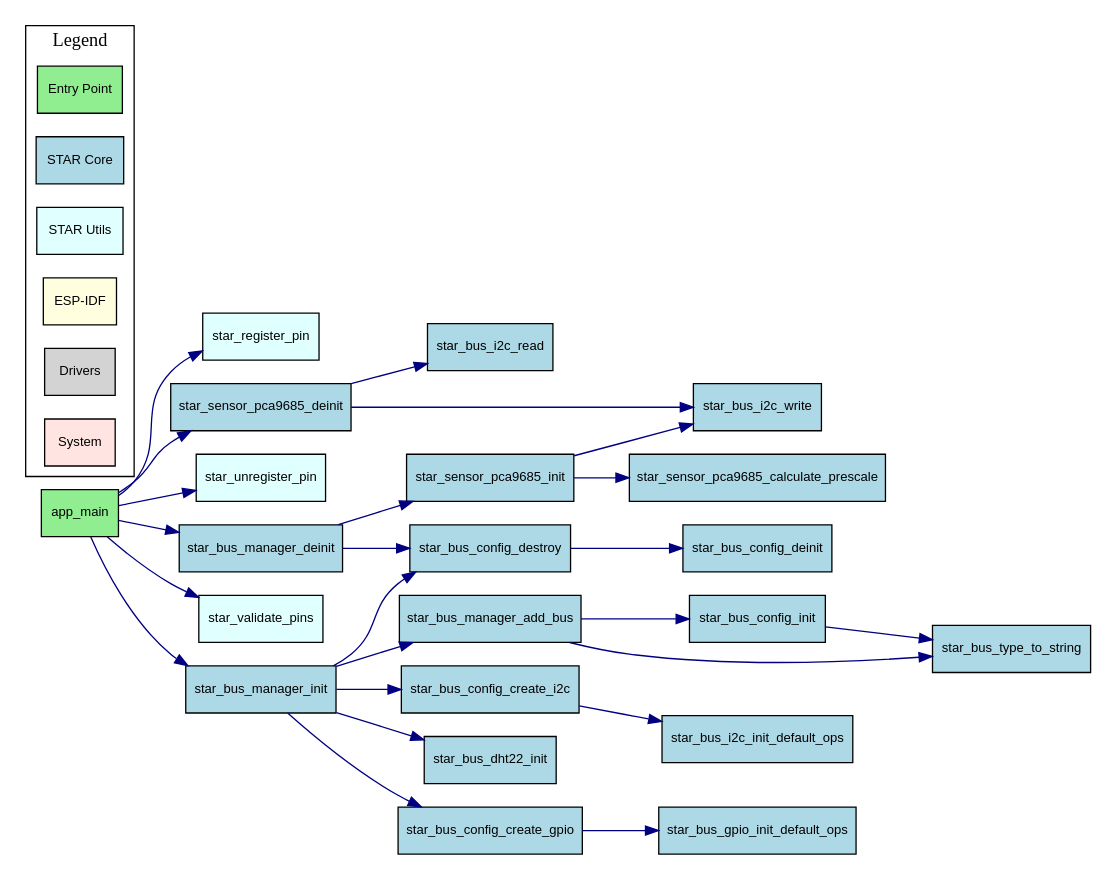
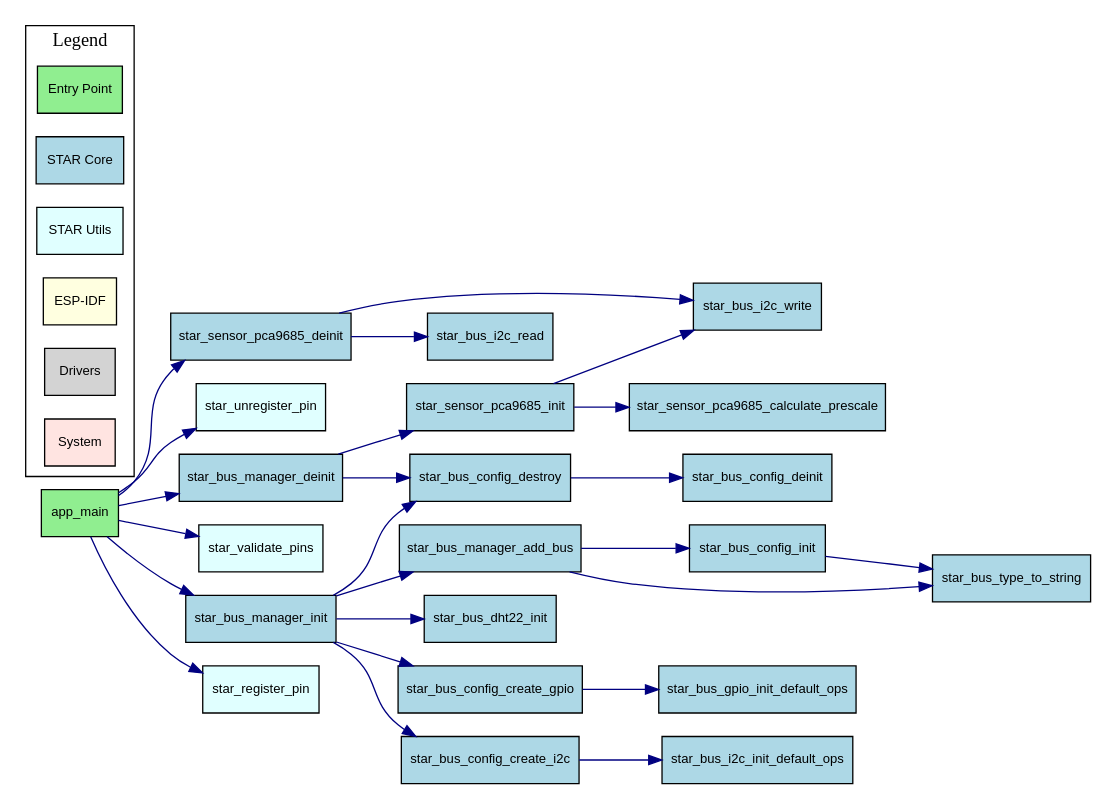
One commit to Locked-Inc/STAR changed the diagram in ESP32-Firmware/docs/callgraph/visual_levels/callgraph_application.dot. Above: the diagram before and after it, drawn with Graphviz. The commit also changed other lines of this file and 179 other files, not shown here.

```diff
--- a/ESP32-Firmware/docs/callgraph/visual_levels/callgraph_application.dot
+++ b/ESP32-Firmware/docs/callgraph/visual_levels/callgraph_application.dot
@@ -1,63 +1,63 @@
 digraph "Application Layer View" {
     rankdir=LR;
     node [shape=box style=filled fontname="Arial" fontsize=10];
     edge [color=navy fontsize=8];
     
-    "star_register_pin" [fillcolor=lightcyan];
+    "star_bus_gpio_init_default_ops" [fillcolor=lightblue];
     "star_bus_manager_add_bus" [fillcolor=lightblue];
+    "star_bus_config_init" [fillcolor=lightblue];
+    "star_bus_dht22_init" [fillcolor=lightblue];
+    "star_bus_config_create_gpio" [fillcolor=lightblue];
+    "star_bus_type_to_string" [fillcolor=lightblue];
+    "star_bus_config_destroy" [fillcolor=lightblue];
+    "star_sensor_pca9685_calculate_prescale" [fillcolor=lightblue];
+    "star_sensor_pca9685_init" [fillcolor=lightblue];
+    "star_sensor_pca9685_deinit" [fillcolor=lightblue];
+    "star_unregister_pin" [fillcolor=lightcyan];
     "app_main" [fillcolor=lightgreen fontweight=bold];
-    "star_sensor_pca9685_init" [fillcolor=lightblue];
-    "star_bus_config_create_i2c" [fillcolor=lightblue];
-    "star_sensor_pca9685_deinit" [fillcolor=lightblue];
-    "star_bus_dht22_init" [fillcolor=lightblue];
-    "star_sensor_pca9685_calculate_prescale" [fillcolor=lightblue];
-    "star_unregister_pin" [fillcolor=lightcyan];
-    "star_bus_config_create_gpio" [fillcolor=lightblue];
-    "star_bus_config_deinit" [fillcolor=lightblue];
-    "star_bus_i2c_read" [fillcolor=lightblue];
-    "star_bus_config_init" [fillcolor=lightblue];
-    "star_bus_config_destroy" [fillcolor=lightblue];
-    "star_bus_type_to_string" [fillcolor=lightblue];
-    "star_bus_i2c_init_default_ops" [fillcolor=lightblue];
     "star_bus_manager_deinit" [fillcolor=lightblue];
     "star_validate_pins" [fillcolor=lightcyan];
-    "star_bus_gpio_init_default_ops" [fillcolor=lightblue];
+    "star_bus_i2c_write" [fillcolor=lightblue];
+    "star_bus_config_create_i2c" [fillcolor=lightblue];
+    "star_bus_i2c_read" [fillcolor=lightblue];
+    "star_bus_config_deinit" [fillcolor=lightblue];
     "star_bus_manager_init" [fillcolor=lightblue];
-    "star_bus_i2c_write" [fillcolor=lightblue];
+    "star_bus_i2c_init_default_ops" [fillcolor=lightblue];
+    "star_register_pin" [fillcolor=lightcyan];
     "app_main" -> "star_bus_manager_deinit";
     "app_main" -> "star_bus_manager_init";
     "app_main" -> "star_register_pin";
     "app_main" -> "star_sensor_pca9685_deinit";
     "app_main" -> "star_unregister_pin";
     "app_main" -> "star_validate_pins";
     "star_bus_config_create_gpio" -> "star_bus_gpio_init_default_ops";
     "star_bus_config_create_i2c" -> "star_bus_i2c_init_default_ops";
     "star_bus_config_destroy" -> "star_bus_config_deinit";
     "star_bus_config_init" -> "star_bus_type_to_string";
     "star_bus_manager_add_bus" -> "star_bus_config_init";
     "star_bus_manager_add_bus" -> "star_bus_type_to_string";
     "star_bus_manager_deinit" -> "star_bus_config_destroy";
     "star_bus_manager_deinit" -> "star_sensor_pca9685_init";
     "star_bus_manager_init" -> "star_bus_config_create_gpio";
     "star_bus_manager_init" -> "star_bus_config_create_i2c";
     "star_bus_manager_init" -> "star_bus_config_destroy";
     "star_bus_manager_init" -> "star_bus_dht22_init";
     "star_bus_manager_init" -> "star_bus_manager_add_bus";
     "star_sensor_pca9685_deinit" -> "star_bus_i2c_read";
     "star_sensor_pca9685_deinit" -> "star_bus_i2c_write";
     "star_sensor_pca9685_init" -> "star_bus_i2c_write";
     "star_sensor_pca9685_init" -> "star_sensor_pca9685_calculate_prescale";
 
     // Legend
     subgraph cluster_legend {
         label="Legend";
         style=filled;
         fillcolor=white;
         "Entry Point" [fillcolor=lightgreen];
         "STAR Core" [fillcolor=lightblue];
         "STAR Utils" [fillcolor=lightcyan];
         "ESP-IDF" [fillcolor=lightyellow];
         "Drivers" [fillcolor=lightgray];
         "System" [fillcolor=mistyrose];
     }
 }
```
